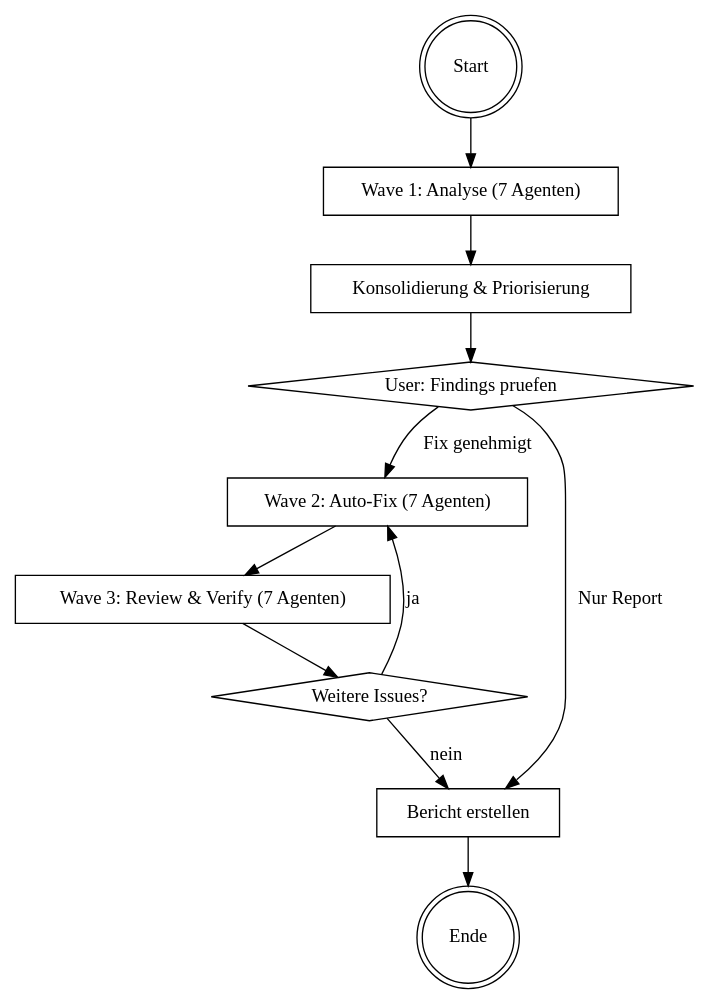
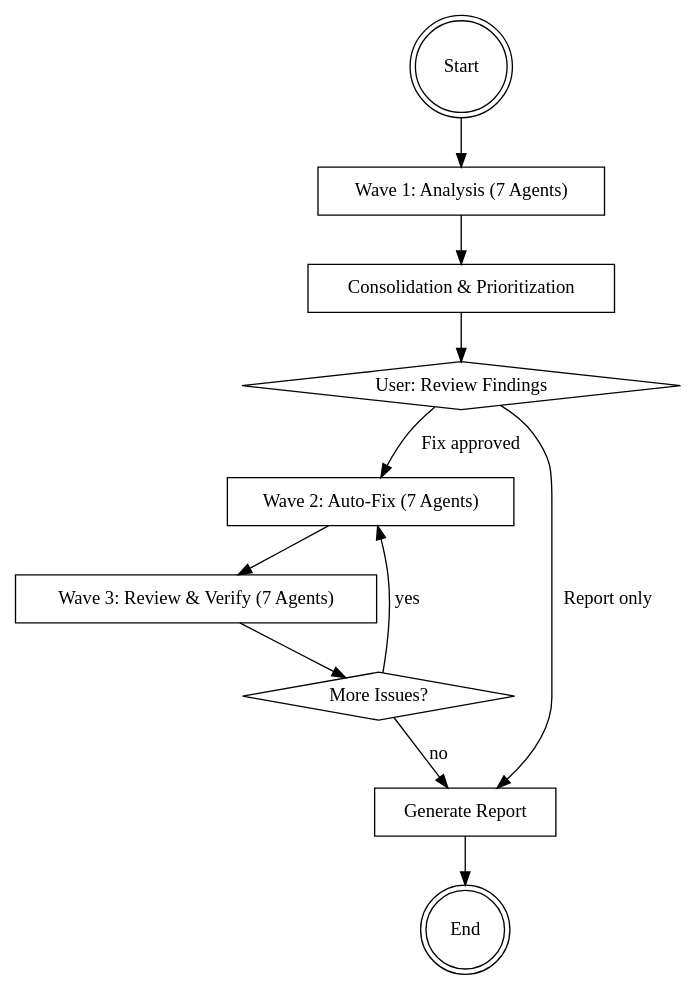
One commit to Lazybone/Codewright changed the diagram in skills/codebase-doctor/SKILL.md. Above: the diagram before and after it, drawn with Graphviz. The commit also changed other lines of this file and 37 other files, not shown here.

````diff
--- a/skills/codebase-doctor/SKILL.md
+++ b/skills/codebase-doctor/SKILL.md
@@ -19,25 +23,25 @@
 ```dot
 digraph codebase_doctor {
     rankdir=TB;
     "Start" [shape=doublecircle];
-    "Wave 1: Analyse (7 Agenten)" [shape=box];
-    "Konsolidierung & Priorisierung" [shape=box];
-    "User: Findings pruefen" [shape=diamond];
-    "Wave 2: Auto-Fix (7 Agenten)" [shape=box];
-    "Wave 3: Review & Verify (7 Agenten)" [shape=box];
-    "Weitere Issues?" [shape=diamond];
-    "Bericht erstellen" [shape=box];
-    "Ende" [shape=doublecircle];
+    "Wave 1: Analysis (7 Agents)" [shape=box];
+    "Consolidation & Prioritization" [shape=box];
+    "User: Review Findings" [shape=diamond];
+    "Wave 2: Auto-Fix (7 Agents)" [shape=box];
+    "Wave 3: Review & Verify (7 Agents)" [shape=box];
+    "More Issues?" [shape=diamond];
+    "Generate Report" [shape=box];
+    "End" [shape=doublecircle];
 
-    "Start" -> "Wave 1: Analyse (7 Agenten)";
-    "Wave 1: Analyse (7 Agenten)" -> "Konsolidierung & Priorisierung";
-    "Konsolidierung & Priorisierung" -> "User: Findings pruefen";
-    "User: Findings pruefen" -> "Wave 2: Auto-Fix (7 Agenten)" [label="Fix genehmigt"];
-    "User: Findings pruefen" -> "Bericht erstellen" [label="Nur Report"];
-    "Wave 2: Auto-Fix (7 Agenten)" -> "Wave 3: Review & Verify (7 Agenten)";
-    "Wave 3: Review & Verify (7 Agenten)" -> "Weitere Issues?" ;
-    "Weitere Issues?" -> "Wave 2: Auto-Fix (7 Agenten)" [label="ja"];
-    "Weitere Issues?" -> "Bericht erstellen" [label="nein"];
-    "Bericht erstellen" -> "Ende";
+    "Start" -> "Wave 1: Analysis (7 Agents)";
+    "Wave 1: Analysis (7 Agents)" -> "Consolidation & Prioritization";
+    "Consolidation & Prioritization" -> "User: Review Findings";
+    "User: Review Findings" -> "Wave 2: Auto-Fix (7 Agents)" [label="Fix approved"];
+    "User: Review Findings" -> "Generate Report" [label="Report only"];
+    "Wave 2: Auto-Fix (7 Agents)" -> "Wave 3: Review & Verify (7 Agents)";
+    "Wave 3: Review & Verify (7 Agents)" -> "More Issues?" ;
+    "More Issues?" -> "Wave 2: Auto-Fix (7 Agents)" [label="yes"];
+    "More Issues?" -> "Generate Report" [label="no"];
+    "Generate Report" -> "End";
 }
 ```
````
